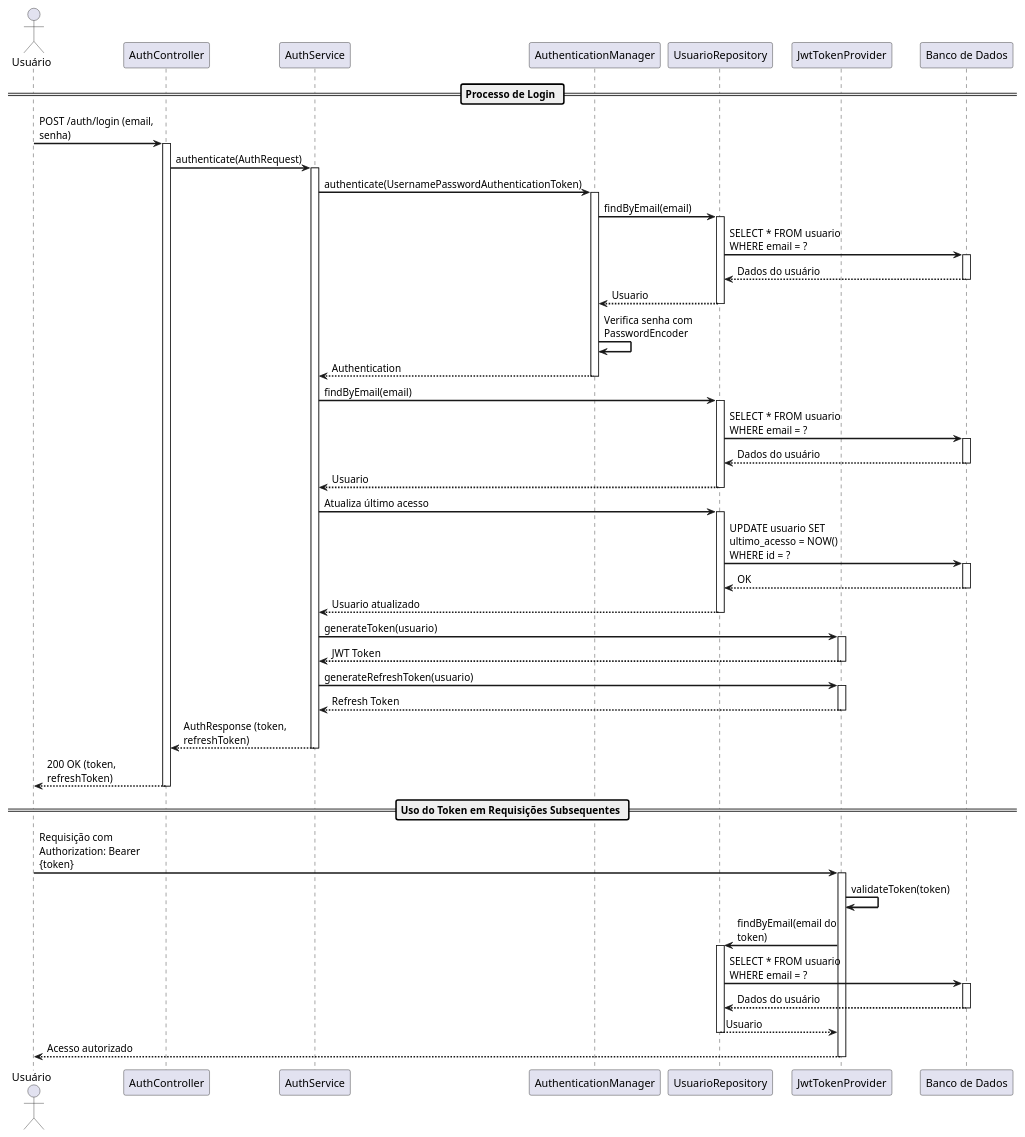
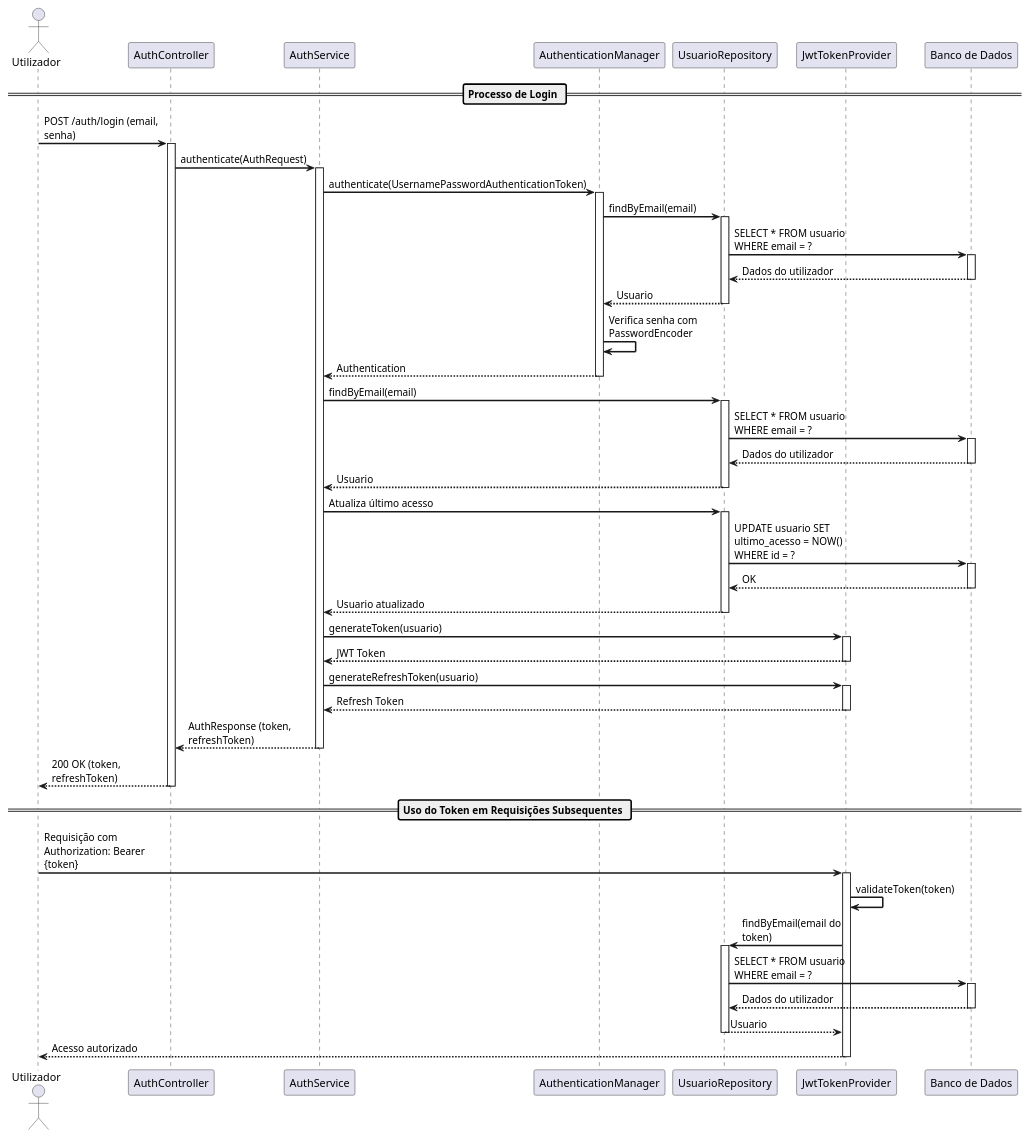
Before and after one commit to tchspprtcv/simple: the diagram in backend/docs/diagramas/sequencia_autenticacao.puml, drawn with PlantUML. The commit also changed 24 other files, not shown here.

```diff
--- a/backend/docs/diagramas/sequencia_autenticacao.puml
+++ b/backend/docs/diagramas/sequencia_autenticacao.puml
@@ -1,89 +1,89 @@
 @startuml Diagrama de Sequência - Processo de Autenticação
 skinparam sequenceArrowThickness 2
 skinparam roundcorner 5
 skinparam maxmessagesize 160
 
-actor "Usuário" as user
+actor "Utilizador" as user
 participant "AuthController" as authCtrl
 participant "AuthService" as authSrv
 participant "AuthenticationManager" as authMgr
 participant "UsuarioRepository" as userRepo
 participant "JwtTokenProvider" as jwtProvider
 participant "Banco de Dados" as db
 
 == Processo de Login ==
 
 user -> authCtrl : POST /auth/login (email, senha)
 activate authCtrl
 
 authCtrl -> authSrv : authenticate(AuthRequest)
 activate authSrv
 
 authSrv -> authMgr : authenticate(UsernamePasswordAuthenticationToken)
 activate authMgr
 authMgr -> userRepo : findByEmail(email)
 activate userRepo
 userRepo -> db : SELECT * FROM usuario WHERE email = ?
 activate db
-db --> userRepo : Dados do usuário
+db --> userRepo : Dados do utilizador
 deactivate db
 userRepo --> authMgr : Usuario
 deactivate userRepo
 
 authMgr -> authMgr : Verifica senha com PasswordEncoder
 authMgr --> authSrv : Authentication
 deactivate authMgr
 
 authSrv -> userRepo : findByEmail(email)
 activate userRepo
 userRepo -> db : SELECT * FROM usuario WHERE email = ?
 activate db
-db --> userRepo : Dados do usuário
+db --> userRepo : Dados do utilizador
 deactivate db
 userRepo --> authSrv : Usuario
 deactivate userRepo
 
 authSrv -> userRepo : Atualiza último acesso
 activate userRepo
 userRepo -> db : UPDATE usuario SET ultimo_acesso = NOW() WHERE id = ?
 activate db
 db --> userRepo : OK
 deactivate db
 userRepo --> authSrv : Usuario atualizado
 deactivate userRepo
 
 authSrv -> jwtProvider : generateToken(usuario)
 activate jwtProvider
 jwtProvider --> authSrv : JWT Token
 deactivate jwtProvider
 
 authSrv -> jwtProvider : generateRefreshToken(usuario)
 activate jwtProvider
 jwtProvider --> authSrv : Refresh Token
 deactivate jwtProvider
 
 authSrv --> authCtrl : AuthResponse (token, refreshToken)
 deactivate authSrv
 
 authCtrl --> user : 200 OK (token, refreshToken)
 deactivate authCtrl
 
 == Uso do Token em Requisições Subsequentes ==
 
 user -> jwtProvider : Requisição com Authorization: Bearer {token}
 activate jwtProvider
 
 jwtProvider -> jwtProvider : validateToken(token)
 jwtProvider -> userRepo : findByEmail(email do token)
 activate userRepo
 userRepo -> db : SELECT * FROM usuario WHERE email = ?
 activate db
-db --> userRepo : Dados do usuário
+db --> userRepo : Dados do utilizador
 deactivate db
 userRepo --> jwtProvider : Usuario
 deactivate userRepo
 
 jwtProvider --> user : Acesso autorizado
 deactivate jwtProvider
 
 @enduml
```
